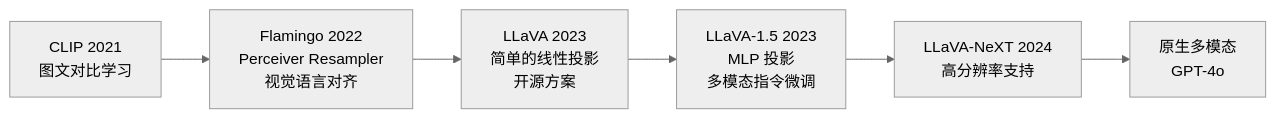
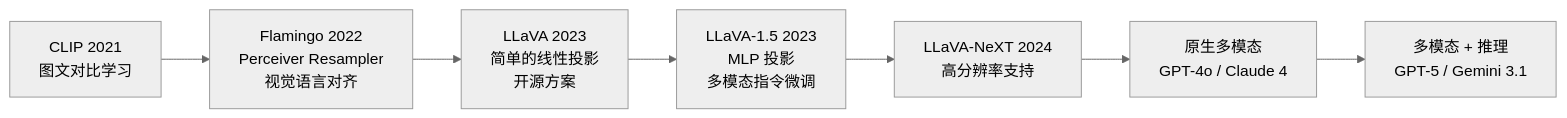
Before and after one commit to luoboask/fde-learning: the first of 4 diagrams in docs/02-model-architecture/multimodal-llm.md, drawn with Mermaid (neutral theme). The commit also changed other lines of this file and 12 other files, not shown here.

First line of the commit message:
docs: update all content for 2026 June — LLM frontier roadmap, GPU, models, pricing

````diff
--- a/docs/02-model-architecture/multimodal-llm.md
+++ b/docs/02-model-architecture/multimodal-llm.md
@@ -35,8 +35,9 @@
 ```mermaid
 graph LR
     A["CLIP 2021\n图文对比学习"] --> B["Flamingo 2022\nPerceiver Resampler\n视觉语言对齐"]
     B --> C["LLaVA 2023\n简单的线性投影\n开源方案"]
     C --> D["LLaVA-1.5 2023\nMLP 投影\n多模态指令微调"]
     D --> E["LLaVA-NeXT 2024\n高分辨率支持"]
-    E --> F["原生多模态\nGPT-4o"]
+    E --> F["原生多模态\nGPT-4o / Claude 4"]
+    F --> G["多模态 + 推理\nGPT-5 / Gemini 3.1"]
 ```
````
